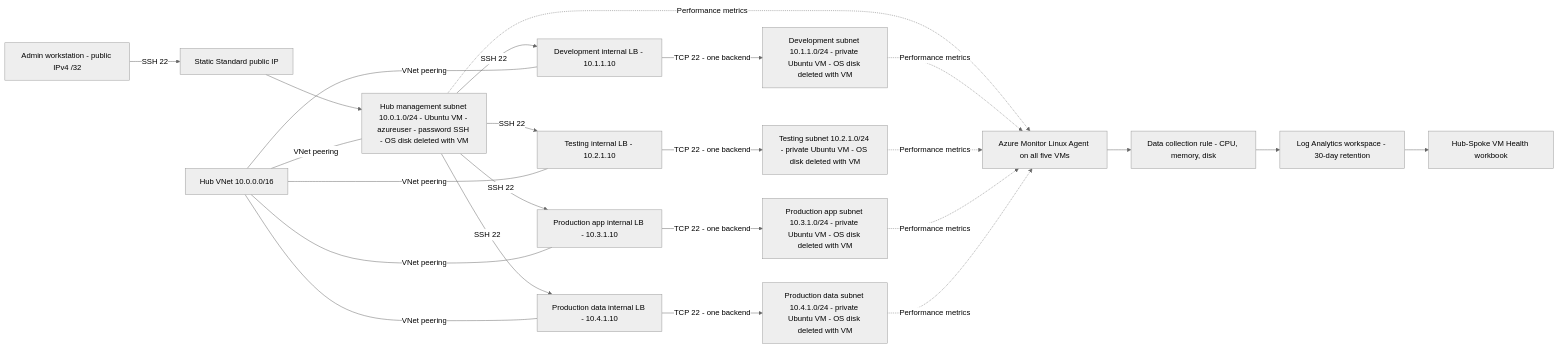
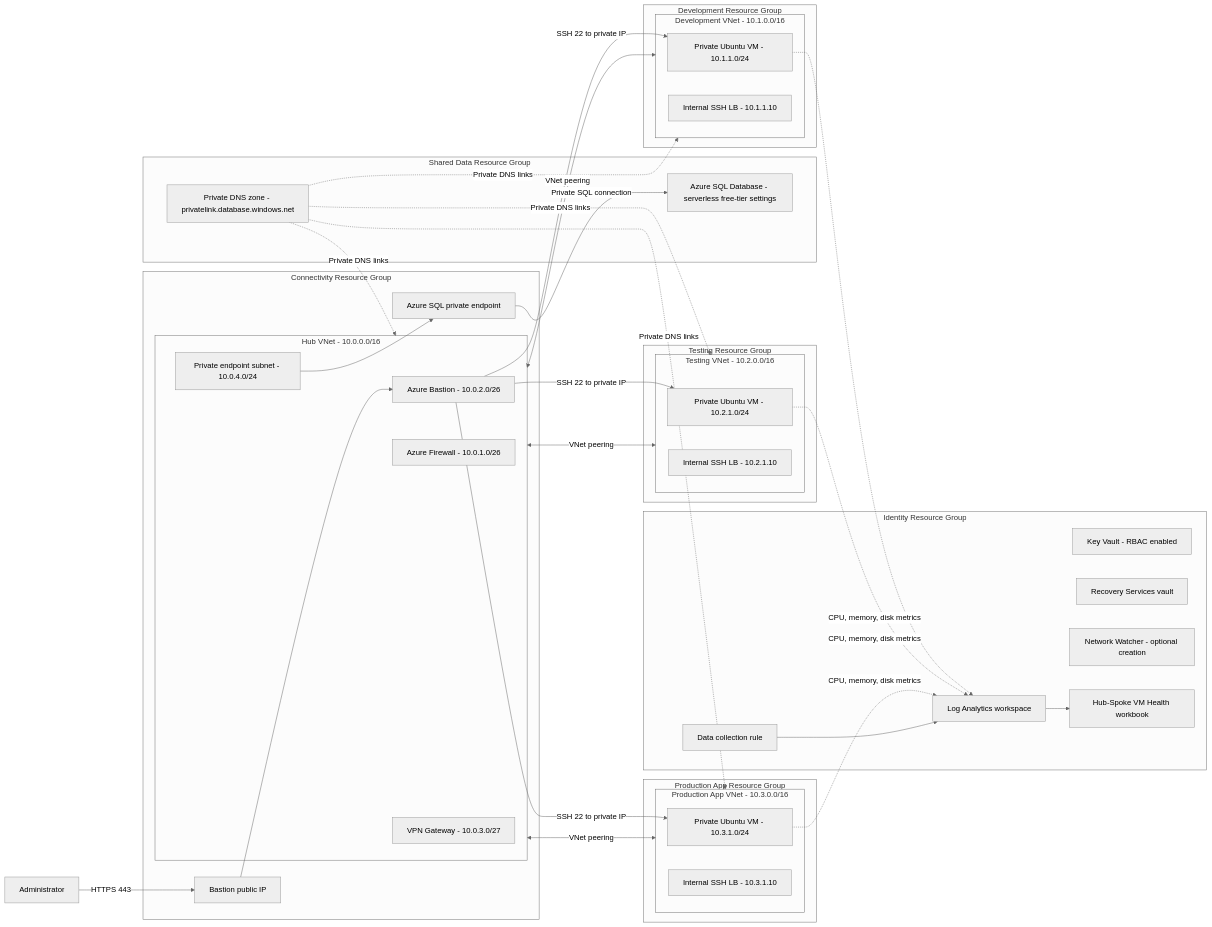
The diagram in architecture.md (Nandinikuncham/Hub-Spoke-Networking-Infrastructure), drawn with Mermaid (neutral theme) before and after one commit. The commit also changed other lines of this file, not shown here.

Commit message:
Update architecture diagram for split hub spoke design
Updated the architecture document to reflect changes in the Azure Hub-and-Spoke design, including the addition of a shared Azure SQL database and modifications to the network topology.

````diff
--- a/architecture.md
+++ b/architecture.md
@@ -7,29 +7,68 @@
 ```mermaid
 flowchart LR
-    Admin["Admin workstation - public IPv4 /32"] -->|SSH 22| PublicIP["Static Standard public IP"]
-    PublicIP --> Jump["Hub management subnet 10.0.1.0/24 - Ubuntu VM - azureuser - password SSH - OS disk deleted with VM"]
+    Admin["Administrator"] -->|HTTPS 443| BastionIP["Bastion public IP"]
 
-    Jump -->|SSH 22| DevLB["Development internal LB - 10.1.1.10"]
-    DevLB -->|TCP 22 - one backend| DevVM["Development subnet 10.1.1.0/24 - private Ubuntu VM - OS disk deleted with VM"]
-    Jump -->|SSH 22| TestLB["Testing internal LB - 10.2.1.10"]
-    TestLB -->|TCP 22 - one backend| TestVM["Testing subnet 10.2.1.0/24 - private Ubuntu VM - OS disk deleted with VM"]
-    Jump -->|SSH 22| AppLB["Production app internal LB - 10.3.1.10"]
-    AppLB -->|TCP 22 - one backend| AppVM["Production app subnet 10.3.1.0/24 - private Ubuntu VM - OS disk deleted with VM"]
-    Jump -->|SSH 22| DataLB["Production data internal LB - 10.4.1.10"]
-    DataLB -->|TCP 22 - one backend| DataVM["Production data subnet 10.4.1.0/24 - private Ubuntu VM - OS disk deleted with VM"]
+    subgraph ConnectivityRG["Connectivity Resource Group"]
+        subgraph HubVNet["Hub VNet - 10.0.0.0/16"]
+            Firewall["Azure Firewall - 10.0.1.0/26"]
+            Bastion["Azure Bastion - 10.0.2.0/26"]
+            Gateway["VPN Gateway - 10.0.3.0/27"]
+            PE["Private endpoint subnet - 10.0.4.0/24"]
+        end
+        BastionIP --> Bastion
+        PE --> SQLPE["Azure SQL private endpoint"]
+    end
 
-    Hub["Hub VNet 10.0.0.0/16"] ---|VNet peering| Jump
-    Hub ---|VNet peering| DevLB
-    Hub ---|VNet peering| TestLB
-    Hub ---|VNet peering| AppLB
-    Hub ---|VNet peering| DataLB
+    subgraph DevelopmentRG["Development Resource Group"]
+        subgraph DevVNet["Development VNet - 10.1.0.0/16"]
+            DevVM["Private Ubuntu VM - 10.1.1.0/24"]
+            DevLB["Internal SSH LB - 10.1.1.10"]
+        end
+    end
 
-    Jump -.->|Performance metrics| AMA["Azure Monitor Linux Agent on all five VMs"]
-    DevVM -.->|Performance metrics| AMA
-    TestVM -.->|Performance metrics| AMA
-    AppVM -.->|Performance metrics| AMA
-    DataVM -.->|Performance metrics| AMA
-    AMA --> DCR["Data collection rule - CPU, memory, disk"]
-    DCR --> Workspace["Log Analytics workspace - 30-day retention"]
-    Workspace --> Workbook["Hub-Spoke VM Health workbook"]
+    subgraph TestingRG["Testing Resource Group"]
+        subgraph TestVNet["Testing VNet - 10.2.0.0/16"]
+            TestVM["Private Ubuntu VM - 10.2.1.0/24"]
+            TestLB["Internal SSH LB - 10.2.1.10"]
+        end
+    end
+
+    subgraph ProductionAppRG["Production App Resource Group"]
+        subgraph AppVNet["Production App VNet - 10.3.0.0/16"]
+            AppVM["Private Ubuntu VM - 10.3.1.0/24"]
+            AppLB["Internal SSH LB - 10.3.1.10"]
+        end
+    end
+
+    subgraph SharedDataRG["Shared Data Resource Group"]
+        SQL["Azure SQL Database - serverless free-tier settings"]
+        DNS["Private DNS zone - privatelink.database.windows.net"]
+    end
+
+    HubVNet <-->|"VNet peering"| DevVNet
+    HubVNet <-->|"VNet peering"| TestVNet
+    HubVNet <-->|"VNet peering"| AppVNet
+    Bastion -->|"SSH 22 to private IP"| DevVM
+    Bastion -->|"SSH 22 to private IP"| TestVM
+    Bastion -->|"SSH 22 to private IP"| AppVM
+    SQLPE -->|"Private SQL connection"| SQL
+    DNS -. "Private DNS links" .-> HubVNet
+    DNS -. "Private DNS links" .-> DevVNet
+    DNS -. "Private DNS links" .-> TestVNet
+    DNS -. "Private DNS links" .-> AppVNet
+
+    subgraph IdentityRG["Identity Resource Group"]
+        KV["Key Vault - RBAC enabled"]
+        LA["Log Analytics workspace"]
+        RSV["Recovery Services vault"]
+        NW["Network Watcher - optional creation"]
+        DCR["Data collection rule"]
+        Workbook["Hub-Spoke VM Health workbook"]
+    end
+
+    DevVM -. "CPU, memory, disk metrics" .-> LA
+    TestVM -. "CPU, memory, disk metrics" .-> LA
+    AppVM -. "CPU, memory, disk metrics" .-> LA
+    DCR --> LA
+    LA --> Workbook
 ```
````
